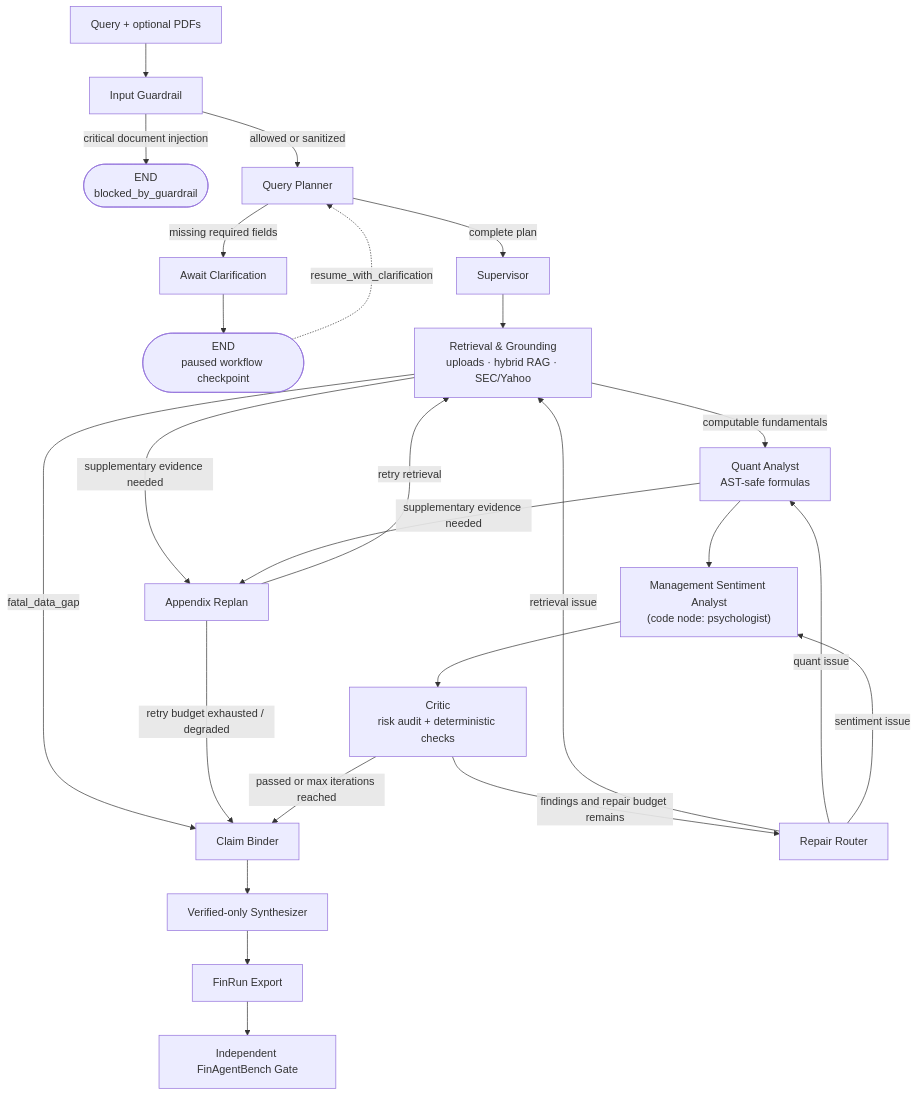
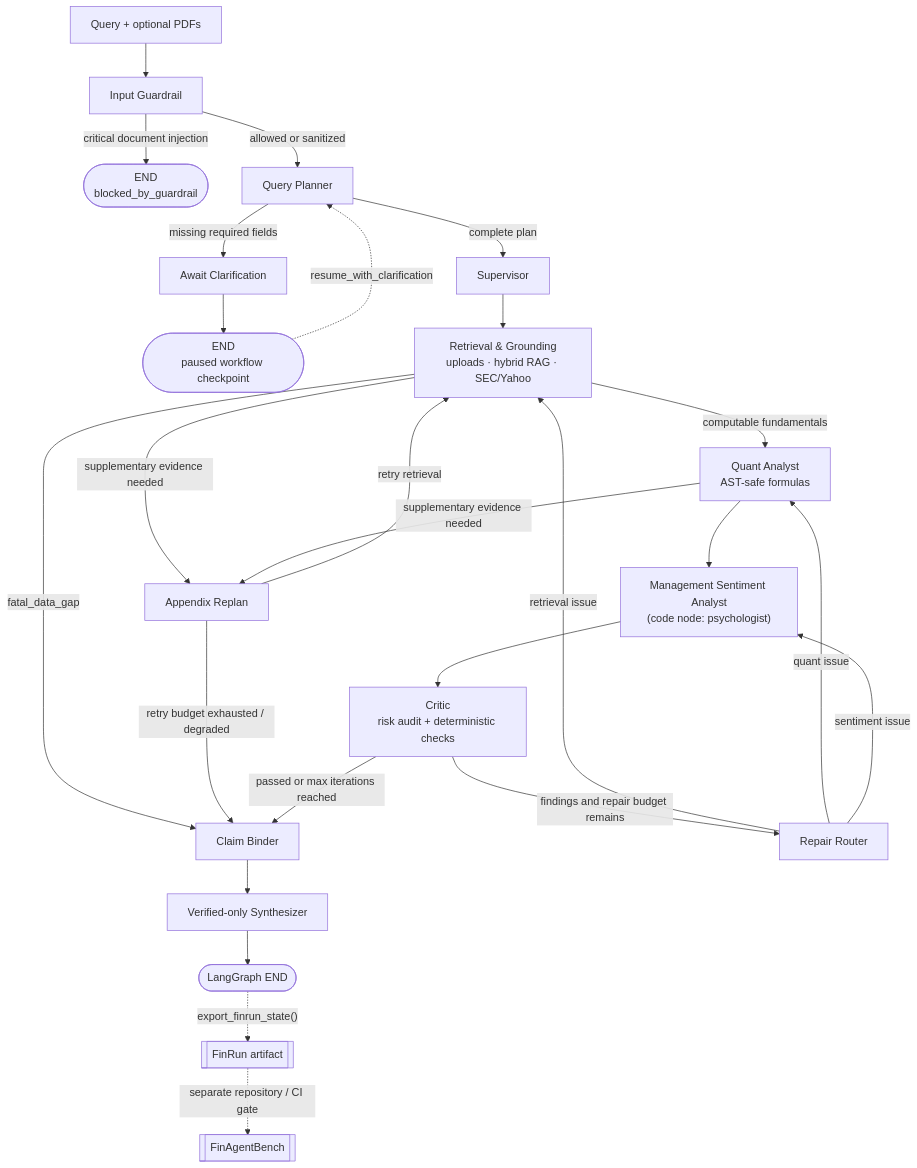
The first of 2 diagrams in README.md (majiali423/lumenfin-agent), drawn with Mermaid before and after one commit. The commit also changed other lines of this file and 4 other files, not shown here.

````diff
--- a/README.md
+++ b/README.md
@@ -108,36 +127,38 @@
 ```mermaid
 flowchart TD
     IN["Query + optional PDFs"] --> IG["Input Guardrail"]
 
     IG -->|critical document injection| BLOCK(["END<br/>blocked_by_guardrail"])
     IG -->|allowed or sanitized| QP["Query Planner"]
 
     QP -->|missing required fields| HITL["Await Clarification"]
     HITL --> PAUSE(["END<br/>paused workflow checkpoint"])
     PAUSE -. "resume_with_clarification" .-> QP
 
     QP -->|complete plan| SUP["Supervisor"]
     SUP --> RET["Retrieval & Grounding<br/>uploads · hybrid RAG · SEC/Yahoo"]
 
     RET -->|fatal_data_gap| CB["Claim Binder"]
     RET -->|supplementary evidence needed| AR["Appendix Replan"]
     AR -->|retry retrieval| RET
     AR -->|retry budget exhausted / degraded| CB
 
     RET -->|computable fundamentals| QA["Quant Analyst<br/>AST-safe formulas"]
     QA -->|supplementary evidence needed| AR
     QA --> SENT["Management Sentiment Analyst<br/>(code node: psychologist)"]
 
     SENT --> CR["Critic<br/>risk audit + deterministic checks"]
 
     CR -->|findings and repair budget remains| REP["Repair Router"]
     REP -->|retrieval issue| RET
     REP -->|quant issue| QA
     REP -->|sentiment issue| SENT
 
     CR -->|passed or max iterations reached| CB
 
     CB --> SYN["Verified-only Synthesizer"]
-    SYN --> FR["FinRun Export"]
-    FR --> FAB["Independent FinAgentBench Gate"]
+    SYN --> GEND(["LangGraph END"])
+
+    GEND -. "export_finrun_state()" .-> FR[["FinRun artifact"]]
+    FR -. "separate repository / CI gate" .-> FAB[["FinAgentBench"]]
 ```
````
